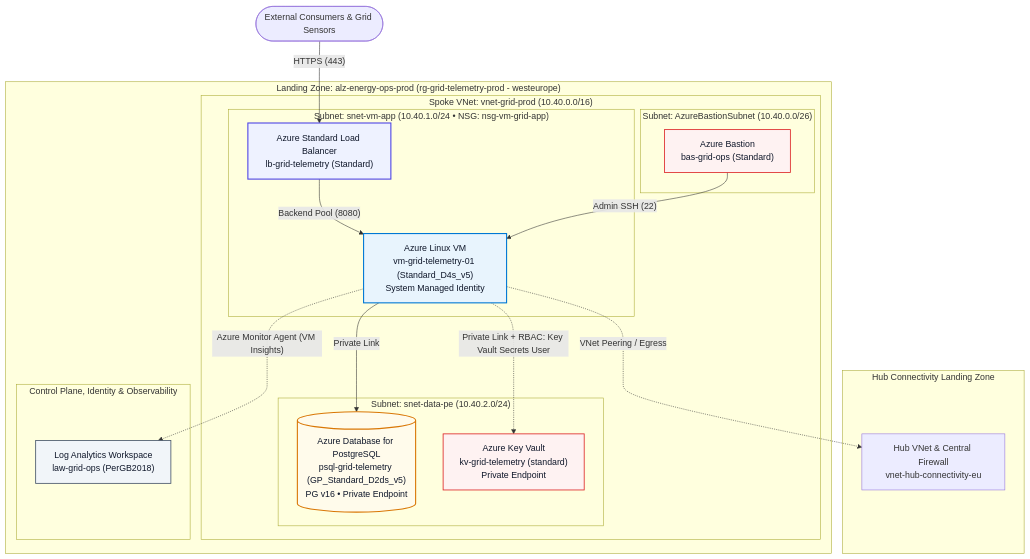
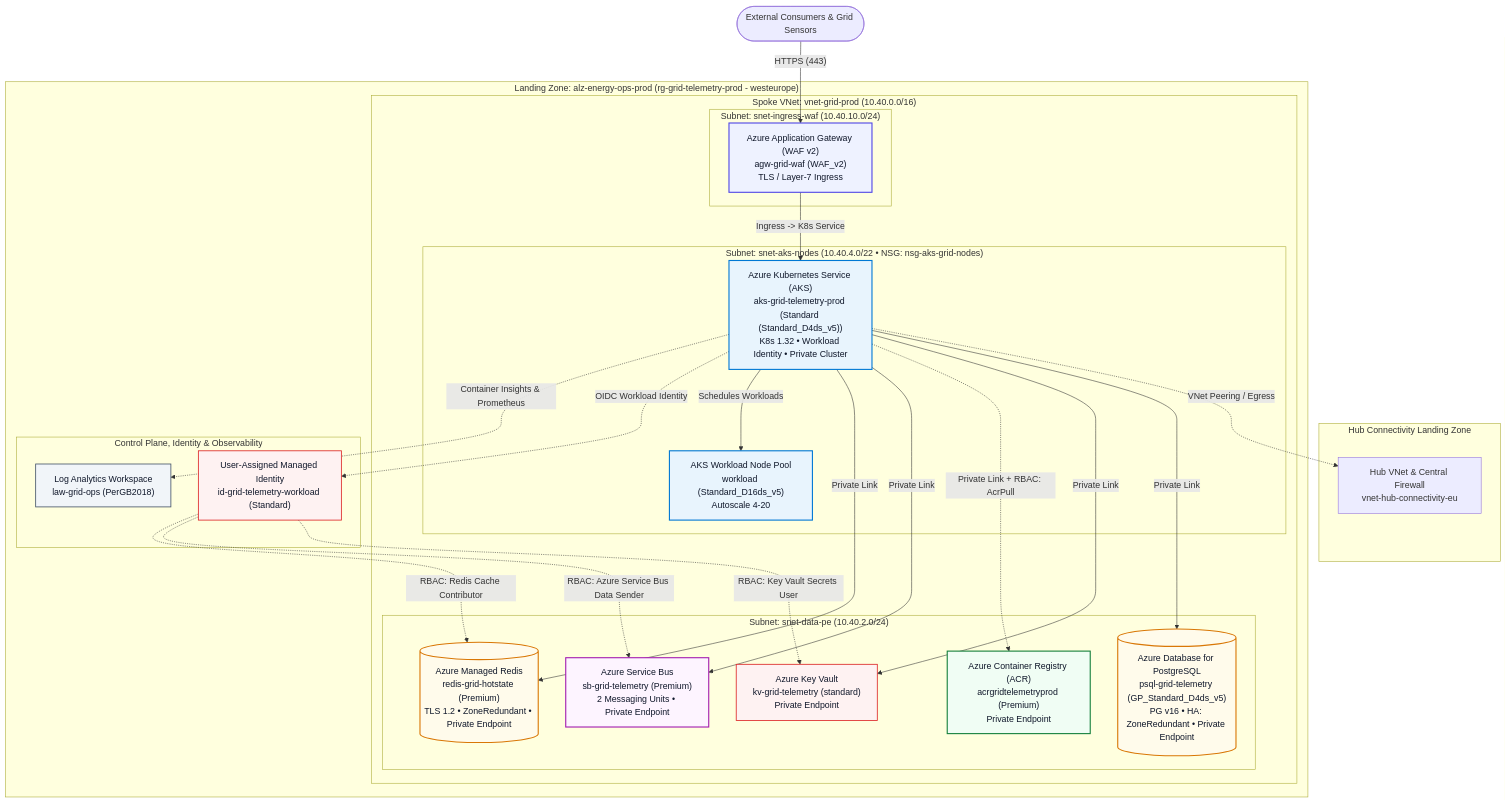
Before and after one commit to gitpavleenbali/dac-central-platform-docs: the first of 2 diagrams in products/grid-telemetry-service/architecture.md, drawn with Mermaid. The commit also changed other lines of this file and 5 other files, not shown here.

Commit message:
docs(grid-telemetry-service): sync architecture & guides from gitpavleenbali/dac-workload-modernization@c710df3

````diff
--- a/products/grid-telemetry-service/architecture.md
+++ b/products/grid-telemetry-service/architecture.md
@@ -24,45 +24,60 @@
 ```mermaid
 flowchart TB
   ext_clients(["External Consumers & Grid Sensors"])
   subgraph sg_hub["Hub Connectivity Landing Zone"]
     hub_vnet["Hub VNet & Central Firewall<br/>vnet-hub-connectivity-eu"]
   end
   subgraph sg_rg["Landing Zone: alz-energy-ops-prod (rg-grid-telemetry-prod - westeurope)"]
     subgraph sg_vnet["Spoke VNet: vnet-grid-prod (10.40.0.0/16)"]
-      subgraph sg_snet_vm_app["Subnet: snet-vm-app (10.40.1.0/24 • NSG: nsg-vm-grid-app)"]
-        load_balancer_ingress_lb["Azure Standard Load Balancer<br/>lb-grid-telemetry (Standard)"]
-        vm_app_vm["Azure Linux VM<br/>vm-grid-telemetry-01 (Standard_D4s_v5)<br/>System Managed Identity"]
+      subgraph sg_snet_aks_nodes["Subnet: snet-aks-nodes (10.40.4.0/22 • NSG: nsg-aks-grid-nodes)"]
+        aks_aks["Azure Kubernetes Service (AKS)<br/>aks-grid-telemetry-prod (Standard (Standard_D4ds_v5))<br/>K8s 1.32 • Workload Identity • Private Cluster"]
+        aks_node_pool_workload["AKS Workload Node Pool<br/>workload (Standard_D16ds_v5)<br/>Autoscale 4-20"]
       end
-      subgraph sg_AzureBastionSubnet["Subnet: AzureBastionSubnet (10.40.0.0/26)"]
-        bastion_ops_bastion["Azure Bastion<br/>bas-grid-ops (Standard)"]
+      subgraph sg_snet_ingress_waf["Subnet: snet-ingress-waf (10.40.10.0/24)"]
+        app_gateway_waf_ingress["Azure Application Gateway (WAF v2)<br/>agw-grid-waf (WAF_v2)<br/>TLS / Layer-7 Ingress"]
       end
       subgraph sg_snet_data_pe["Subnet: snet-data-pe (10.40.2.0/24)"]
-        postgresql_db[("Azure Database for PostgreSQL<br/>psql-grid-telemetry (GP_Standard_D2ds_v5)<br/>PG v16 • Private Endpoint")]
+        acr_acr["Azure Container Registry (ACR)<br/>acrgridtelemetryprod (Premium)<br/>Private Endpoint"]
+        service_bus_sb["Azure Service Bus<br/>sb-grid-telemetry (Premium)<br/>2 Messaging Units • Private Endpoint"]
+        redis_hotstate[("Azure Managed Redis<br/>redis-grid-hotstate (Premium)<br/>TLS 1.2 • ZoneRedundant • Private Endpoint")]
+        postgresql_db[("Azure Database for PostgreSQL<br/>psql-grid-telemetry (GP_Standard_D4ds_v5)<br/>PG v16 • HA: ZoneRedundant • Private Endpoint")]
         key_vault_kv["Azure Key Vault<br/>kv-grid-telemetry (standard)<br/>Private Endpoint"]
       end
     end
     subgraph sg_platform["Control Plane, Identity & Observability"]
+      managed_identity_workload_mi["User-Assigned Managed Identity<br/>id-grid-telemetry-workload (Standard)"]
       log_analytics_law["Log Analytics Workspace<br/>law-grid-ops (PerGB2018)"]
     end
   end
-  vm_app_vm -.->|"VNet Peering / Egress"| hub_vnet
-  vm_app_vm -->|"Private Link"| postgresql_db
-  vm_app_vm -.->|"Private Link + RBAC: Key Vault Secrets User"| key_vault_kv
-  ext_clients -->|"HTTPS (443)"| load_balancer_ingress_lb
-  load_balancer_ingress_lb -->|"Backend Pool (8080)"| vm_app_vm
-  bastion_ops_bastion -->|"Admin SSH (22)"| vm_app_vm
-  vm_app_vm -.->|"Azure Monitor Agent (VM Insights)"| log_analytics_law
+  aks_aks -.->|"VNet Peering / Egress"| hub_vnet
+  aks_aks -->|"Private Link"| postgresql_db
+  aks_aks -->|"Private Link"| key_vault_kv
+  aks_aks -.->|"Private Link + RBAC: AcrPull"| acr_acr
+  aks_aks -->|"Private Link"| service_bus_sb
+  aks_aks -->|"Private Link"| redis_hotstate
+  managed_identity_workload_mi -.->|"RBAC: Key Vault Secrets User"| key_vault_kv
+  managed_identity_workload_mi -.->|"RBAC: Azure Service Bus Data Sender"| service_bus_sb
+  managed_identity_workload_mi -.->|"RBAC: Redis Cache Contributor"| redis_hotstate
+  aks_aks -->|"Schedules Workloads"| aks_node_pool_workload
+  ext_clients -->|"HTTPS (443)"| app_gateway_waf_ingress
+  app_gateway_waf_ingress -->|"Ingress -> K8s Service"| aks_aks
+  aks_aks -.->|"OIDC Workload Identity"| managed_identity_workload_mi
+  aks_aks -.->|"Container Insights & Prometheus"| log_analytics_law
   classDef compute fill:#e8f4fd,stroke:#0078d4,stroke-width:2px,color:#0f172a;
   classDef ingress fill:#eef2ff,stroke:#4f46e5,stroke-width:2px,color:#0f172a;
   classDef containers fill:#f0fdf4,stroke:#15803d,stroke-width:2px,color:#0f172a;
   classDef data fill:#fffbeb,stroke:#d97706,stroke-width:2px,color:#0f172a;
   classDef messaging fill:#fdf4ff,stroke:#a21caf,stroke-width:2px,color:#0f172a;
   classDef security fill:#fef2f2,stroke:#dc2626,stroke-width:1.5px,color:#0f172a;
   classDef observability fill:#f1f5f9,stroke:#475569,stroke-width:1.5px,color:#0f172a;
-  class bastion_ops_bastion security;
-  class load_balancer_ingress_lb ingress;
-  class vm_app_vm compute;
+  class app_gateway_waf_ingress ingress;
+  class acr_acr containers;
+  class managed_identity_workload_mi security;
+  class aks_aks compute;
+  class aks_node_pool_workload compute;
+  class service_bus_sb messaging;
+  class redis_hotstate data;
   class postgresql_db data;
   class key_vault_kv security;
   class log_analytics_law observability;
 ```
````
